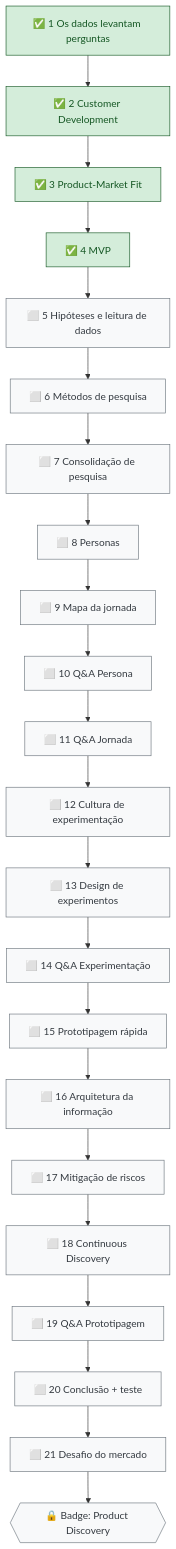
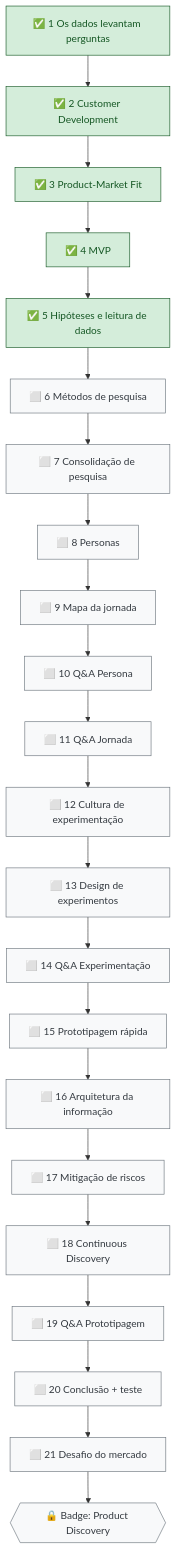
One commit to letsprown-code/po-learning-journal changed the fourth of 7 diagrams in mapa-de-estudos.md. Above: the diagram before and after it, drawn with Mermaid. The commit also changed other lines of this file and 3 other files, not shown here.

First line of the commit message:
DPL 03 aula 5: Definição de hipóteses e leitura de dados

```diff
--- a/mapa-de-estudos.md
+++ b/mapa-de-estudos.md
@@ -141,14 +141,14 @@
 ~~~mermaid
 flowchart TD
     D1["✅ 1 Os dados levantam perguntas"] --> D2["✅ 2 Customer Development"] --> D3["✅ 3 Product-Market Fit"] --> D4["✅ 4 MVP"]
-    D4 --> D5["⬜ 5 Hipóteses e leitura de dados"] --> D6["⬜ 6 Métodos de pesquisa"] --> D7["⬜ 7 Consolidação de pesquisa"]
+    D4 --> D5["✅ 5 Hipóteses e leitura de dados"] --> D6["⬜ 6 Métodos de pesquisa"] --> D7["⬜ 7 Consolidação de pesquisa"]
     D7 --> D8["⬜ 8 Personas"] --> D9["⬜ 9 Mapa da jornada"] --> D10["⬜ 10 Q&A Persona"] --> D11["⬜ 11 Q&A Jornada"]
     D11 --> D12["⬜ 12 Cultura de experimentação"] --> D13["⬜ 13 Design de experimentos"] --> D14["⬜ 14 Q&A Experimentação"]
     D14 --> D15["⬜ 15 Prototipagem rápida"] --> D16["⬜ 16 Arquitetura da informação"] --> D17["⬜ 17 Mitigação de riscos"]
     D17 --> D18["⬜ 18 Continuous Discovery"] --> D19["⬜ 19 Q&A Prototipagem"] --> D20["⬜ 20 Conclusão + teste"] --> D21["⬜ 21 Desafio do mercado"]
     D21 --> B3{{"🔒 Badge: Product Discovery"}}
     classDef done fill:#d4edda,stroke:#155724,color:#155724
     classDef todo fill:#f8f9fa,stroke:#6c757d,color:#343a40
-    class D1,D2,D3,D4 done
-    class D5,D6,D7,D8,D9,D10,D11,D12,D13,D14,D15,D16,D17,D18,D19,D20,D21,B3 todo
+    class D1,D2,D3,D4,D5 done
+    class D6,D7,D8,D9,D10,D11,D12,D13,D14,D15,D16,D17,D18,D19,D20,D21,B3 todo
 ~~~
```
